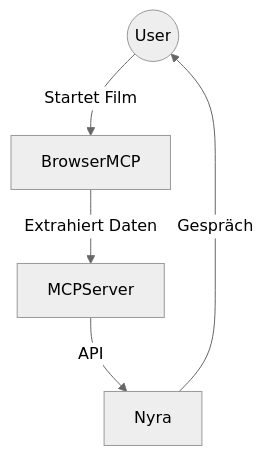
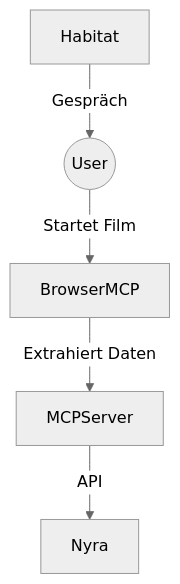
One commit to KT-Society/movie-mcp-prototype changed the diagram in docs/architecture.md. Above: the diagram before and after it, drawn with Mermaid (neutral theme). The commit also changed other lines of this file and 23 other files, not shown here.

First line of the commit message:
refactor(habitat): replace nyra integration and unify habitat wiring

````diff
--- a/docs/architecture.md
+++ b/docs/architecture.md
@@ -29,7 +34,7 @@
 ```mermaid
 graph TD;
     User((User)) -->|Startet Film| BrowserMCP
     BrowserMCP -->|Extrahiert Daten| MCPServer
     MCPServer -->|API| Nyra
-    Nyra -->|Gespräch| User
+    Habitat -->|Gespräch| User
 ```
````
